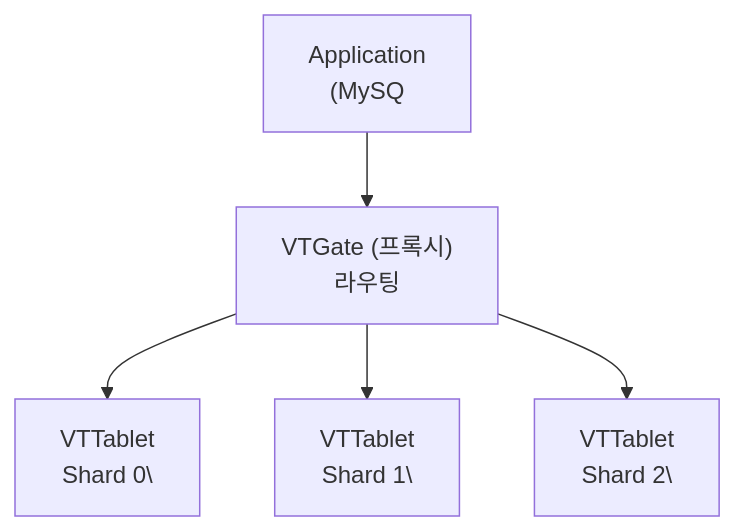
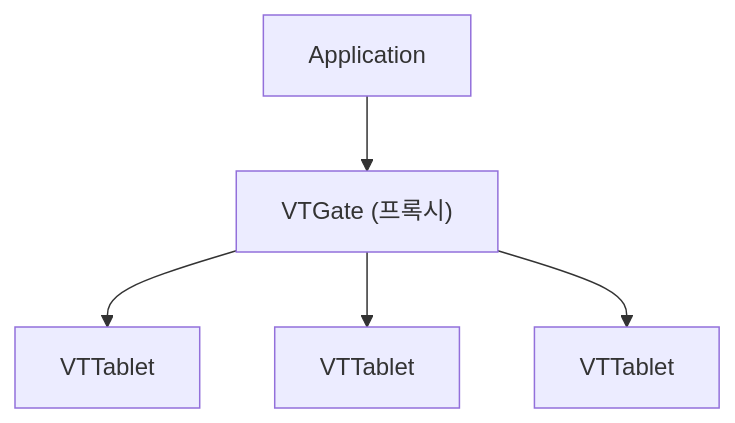
One commit to yjkim2015/yjkim2015.github.io changed the tenth of 13 diagrams in _posts/db/2026-05-01-db-sharding.md. Above: the diagram before and after it, drawn with Mermaid. The commit also changed other lines of this file and 217 other files, not shown here.

First line of the commit message:
Mermaid 크기 수정: useMaxWidth:true + SVG max-width:100% + 라벨 축소

````diff
--- a/_posts/db/2026-05-01-db-sharding.md
+++ b/_posts/db/2026-05-01-db-sharding.md
@@ -398,7 +398,7 @@
 ```mermaid
 graph TD
-    APP["Application\n(MySQ"] --> VTG["VTGate (프록시)\n라우팅"]
-    VTG --> VT0["VTTablet\nShard 0\"]
-    VTG --> VT1["VTTablet\nShard 1\"]
-    VTG --> VT2["VTTablet\nShard 2\"]
+    APP["Application"] --> VTG["VTGate (프록시)"]
+    VTG --> VT0["VTTablet"]
+    VTG --> VT1["VTTablet"]
+    VTG --> VT2["VTTablet"]
 ```
````
